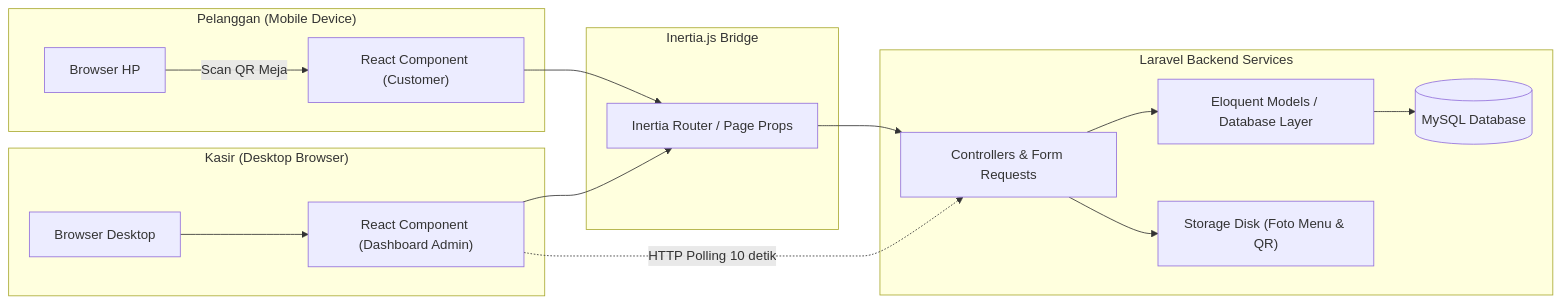
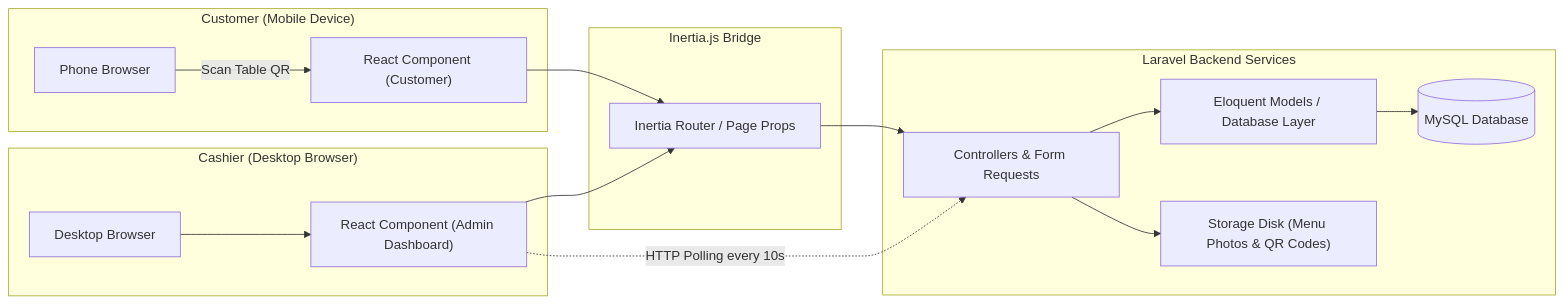
Before and after one commit to checamaulana/Ordio: the diagram in README.md, drawn with Mermaid. The commit also changed other lines of this file, not shown here.

````diff
--- a/README.md
+++ b/README.md
@@ -49,24 +60,24 @@
 ```mermaid
 graph LR
-    subgraph "Pelanggan (Mobile Device)"
-        A["Browser HP"] -->|Scan QR Meja| B["React Component (Customer)"]
+    subgraph "Customer (Mobile Device)"
+        A["Phone Browser"] -->|Scan Table QR| B["React Component (Customer)"]
     end
 
-    subgraph "Kasir (Desktop Browser)"
-        C["Browser Desktop"] --> D["React Component (Dashboard Admin)"]
+    subgraph "Cashier (Desktop Browser)"
+        C["Desktop Browser"] --> D["React Component (Admin Dashboard)"]
     end
 
     subgraph "Inertia.js Bridge"
         B --> E["Inertia Router / Page Props"]
         D --> E
     end
 
     subgraph "Laravel Backend Services"
         E --> F["Controllers & Form Requests"]
         F --> G["Eloquent Models / Database Layer"]
         G --> H[("MySQL Database")]
-        F --> I["Storage Disk (Foto Menu & QR)"]
+        F --> I["Storage Disk (Menu Photos & QR Codes)"]
     end
 
-    D -.->|HTTP Polling 10 detik| F
+    D -.->|HTTP Polling every 10s| F
 ```
````
